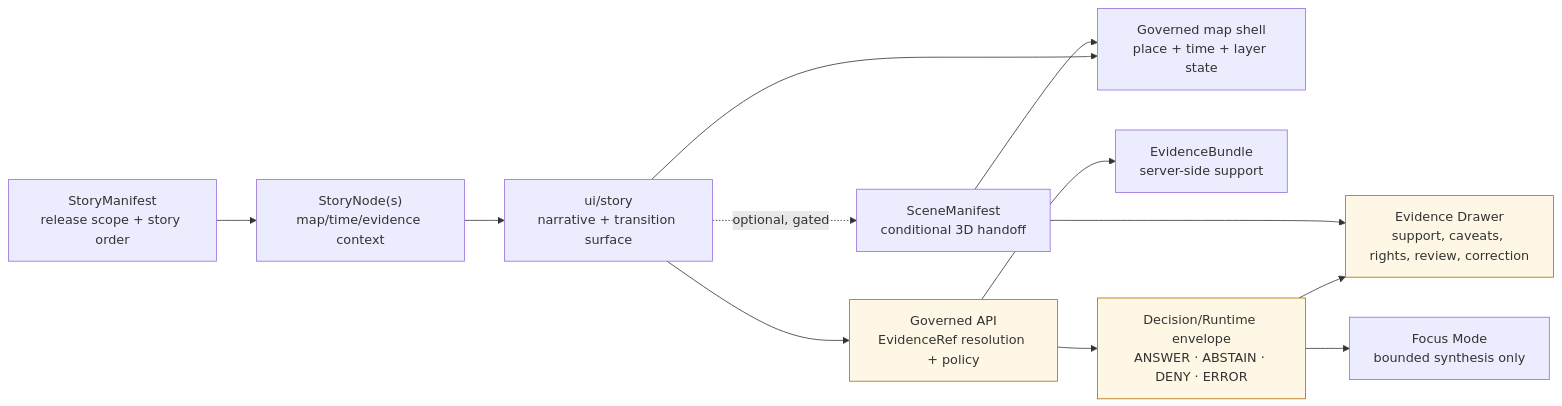
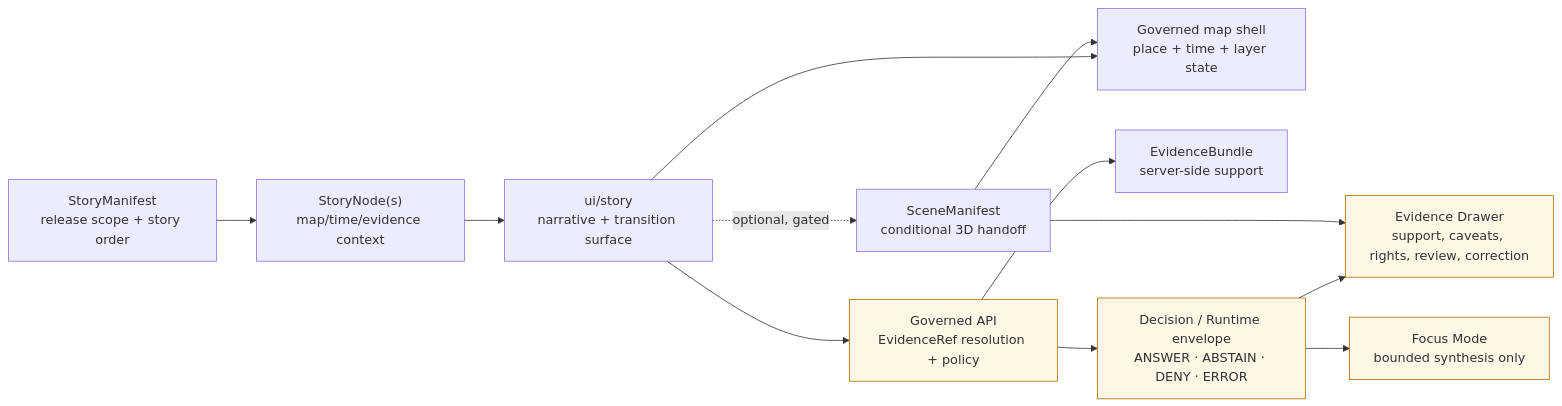
The diagram in ui/story/README.md (bartytime4life/Kansas-Frontier-Matrix), drawn with Mermaid before and after one commit. The commit also changed other lines of this file, not shown here.

````diff
--- a/ui/story/README.md
+++ b/ui/story/README.md
@@ -196,21 +213,21 @@
 ```mermaid
 flowchart LR
     manifest["StoryManifest<br/>release scope + story order"] --> nodes["StoryNode(s)<br/>map/time/evidence context"]
     nodes --> story["ui/story<br/>narrative + transition surface"]
 
     story --> shell["Governed map shell<br/>place + time + layer state"]
     story --> api["Governed API<br/>EvidenceRef resolution + policy"]
 
     api --> bundle["EvidenceBundle<br/>server-side support"]
-    api --> decision["Decision/Runtime envelope<br/>ANSWER · ABSTAIN · DENY · ERROR"]
+    api --> decision["Decision / Runtime envelope<br/>ANSWER · ABSTAIN · DENY · ERROR"]
 
     decision --> drawer["Evidence Drawer<br/>support, caveats, rights, review, correction"]
     decision --> focus["Focus Mode<br/>bounded synthesis only"]
 
     story -. optional, gated .-> scene["SceneManifest<br/>conditional 3D handoff"]
     scene --> drawer
     scene --> shell
 
     classDef gate fill:#fff7e6,stroke:#b26b00,stroke-width:1px;
-    class api,decision,drawer gate;
+    class api,decision,drawer,focus gate;
 ```
````
